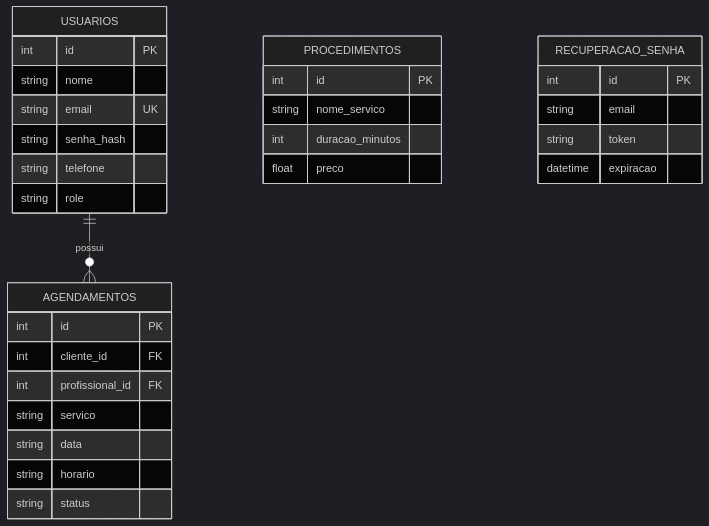
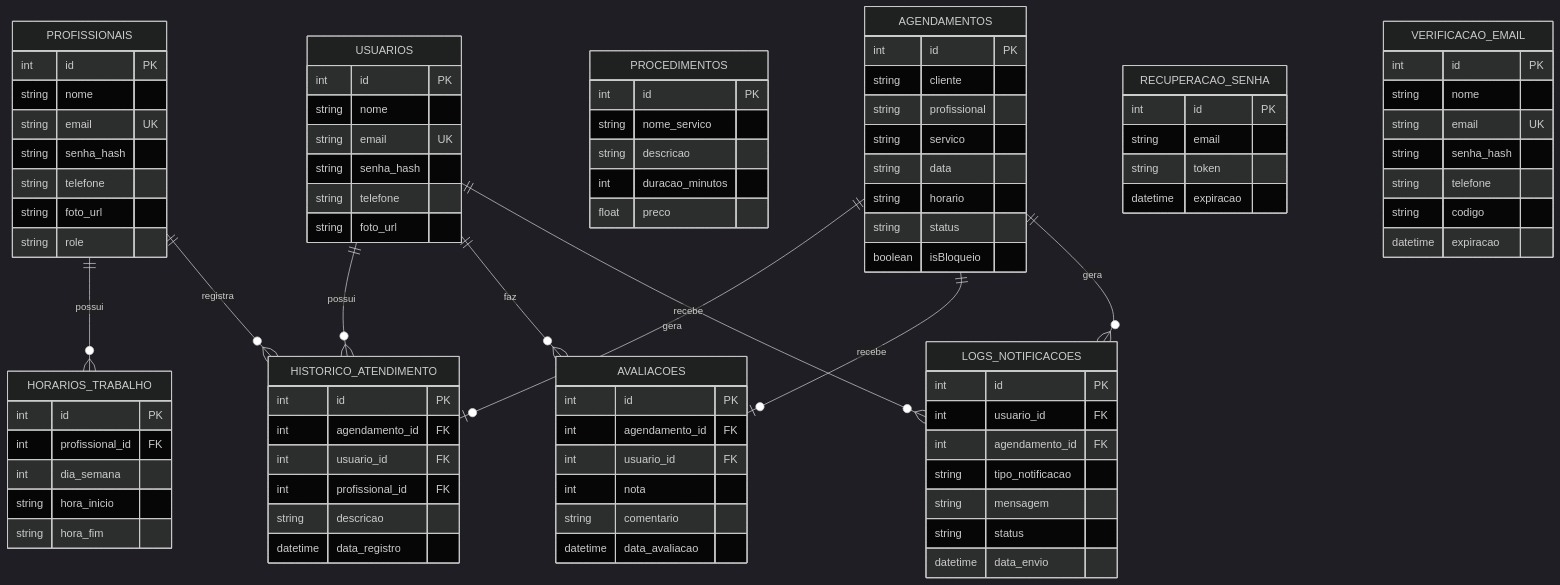
One commit to yasper05/seven-clinic changed the fourth of 4 diagrams in seven-clinic/DOCUMENTACAO_TCC.md. Above: the diagram before and after it, drawn with Mermaid (dark theme). The commit also changed other lines of this file and 7 other files, not shown here.

Commit message:
feat: sacola de agendamentos multiplos, duracao proporcional, validacao de sobreposicao e slots sugeridos

````diff
--- a/seven-clinic/DOCUMENTACAO_TCC.md
+++ b/seven-clinic/DOCUMENTACAO_TCC.md
@@ -259,36 +335,101 @@
 erDiagram
     USUARIOS {
         int id PK
-        string nome 
+        string nome
         string email UK
-        string senha_hash 
-        string telefone 
-        string role 
+        string senha_hash
+        string telefone
+        string foto_url
+    }
+
+    PROFISSIONAIS {
+        int id PK
+        string nome
+        string email UK
+        string senha_hash
+        string telefone
+        string foto_url
+        string role
+    }
+
+    PROCEDIMENTOS {
+        int id PK
+        string nome_servico
+        string descricao
+        int duracao_minutos
+        float preco
     }
 
     AGENDAMENTOS {
         int id PK
-        int cliente_id FK
-        int profissional_id FK
-        string servico 
-        string data 
-        string horario 
-        string status 
+        string cliente
+        string profissional
+        string servico
+        string data
+        string horario
+        string status
+        boolean isBloqueio
     }
-    
-    PROCEDIMENTOS {
-        int id PK
-        string nome_servico 
-        int duracao_minutos 
-        float preco 
-    }
-    
+
     RECUPERACAO_SENHA {
         int id PK
-        string email 
-        string token 
-        datetime expiracao 
+        string email
+        string token
+        datetime expiracao
     }
-    
-    USUARIOS ||--o{ AGENDAMENTOS : "possui"
+
+    VERIFICACAO_EMAIL {
+        int id PK
+        string nome
+        string email UK
+        string senha_hash
+        string telefone
+        string codigo
+        datetime expiracao
+    }
+
+    HORARIOS_TRABALHO {
+        int id PK
+        int profissional_id FK
+        int dia_semana
+        string hora_inicio
+        string hora_fim
+    }
+
+    HISTORICO_ATENDIMENTO {
+        int id PK
+        int agendamento_id FK
+        int usuario_id FK
+        int profissional_id FK
+        string descricao
+        datetime data_registro
+    }
+
+    AVALIACOES {
+        int id PK
+        int agendamento_id FK
+        int usuario_id FK
+        int nota
+        string comentario
+        datetime data_avaliacao
+    }
+
+    LOGS_NOTIFICACOES {
+        int id PK
+        int usuario_id FK
+        int agendamento_id FK
+        string tipo_notificacao
+        string mensagem
+        string status
+        datetime data_envio
+    }
+
+    PROFISSIONAIS ||--o{ HORARIOS_TRABALHO : "possui"
+    USUARIOS ||--o{ HISTORICO_ATENDIMENTO : "possui"
+    PROFISSIONAIS ||--o{ HISTORICO_ATENDIMENTO : "registra"
+    AGENDAMENTOS ||--o| HISTORICO_ATENDIMENTO : "gera"
+    USUARIOS ||--o{ AVALIACOES : "faz"
+    AGENDAMENTOS ||--o| AVALIACOES : "recebe"
+    USUARIOS ||--o{ LOGS_NOTIFICACOES : "recebe"
+    AGENDAMENTOS ||--o{ LOGS_NOTIFICACOES : "gera"
 ```
````
